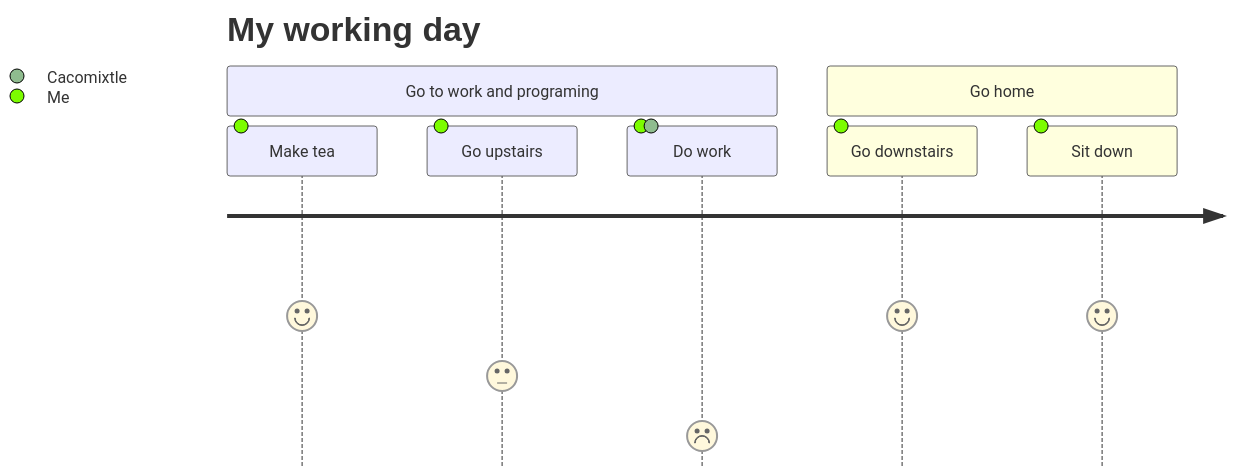
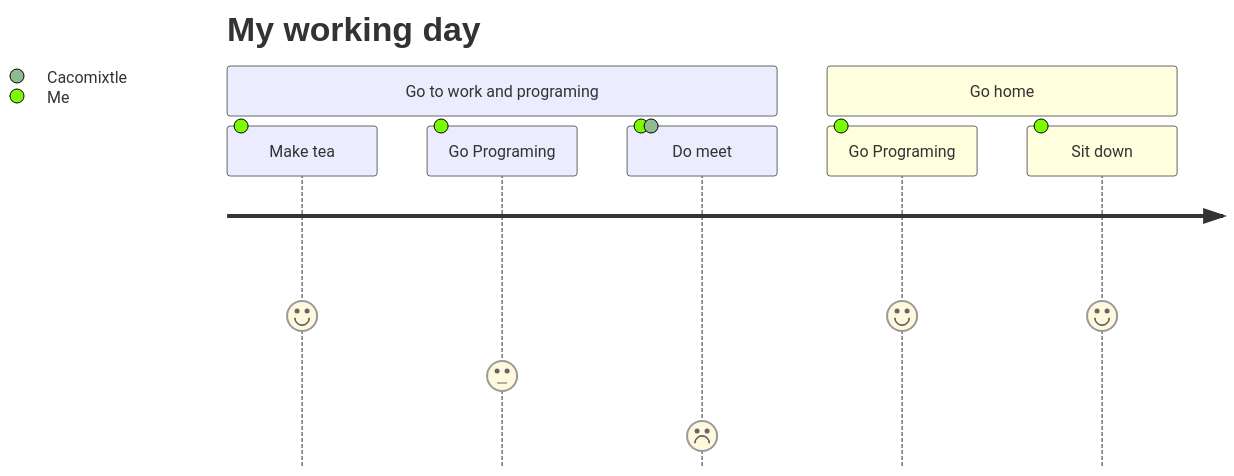
The diagram in README.md (acmerev/acmerev), drawn with Mermaid before and after one commit.

````diff
--- a/README.md
+++ b/README.md
@@ -25,12 +25,12 @@
 ```mermaid
 
 journey
     title My working day
     section Go to work and programing 
       Make tea: 5: Me
-      Go upstairs: 3: Me
-      Do work: 1: Me, Cacomixtle
+      Go Programing: 3: Me
+      Do meet: 1: Me, Cacomixtle
     section Go home
-      Go downstairs: 5: Me
+      Go Programing: 5: Me
       Sit down: 5: Me
 ```
````
